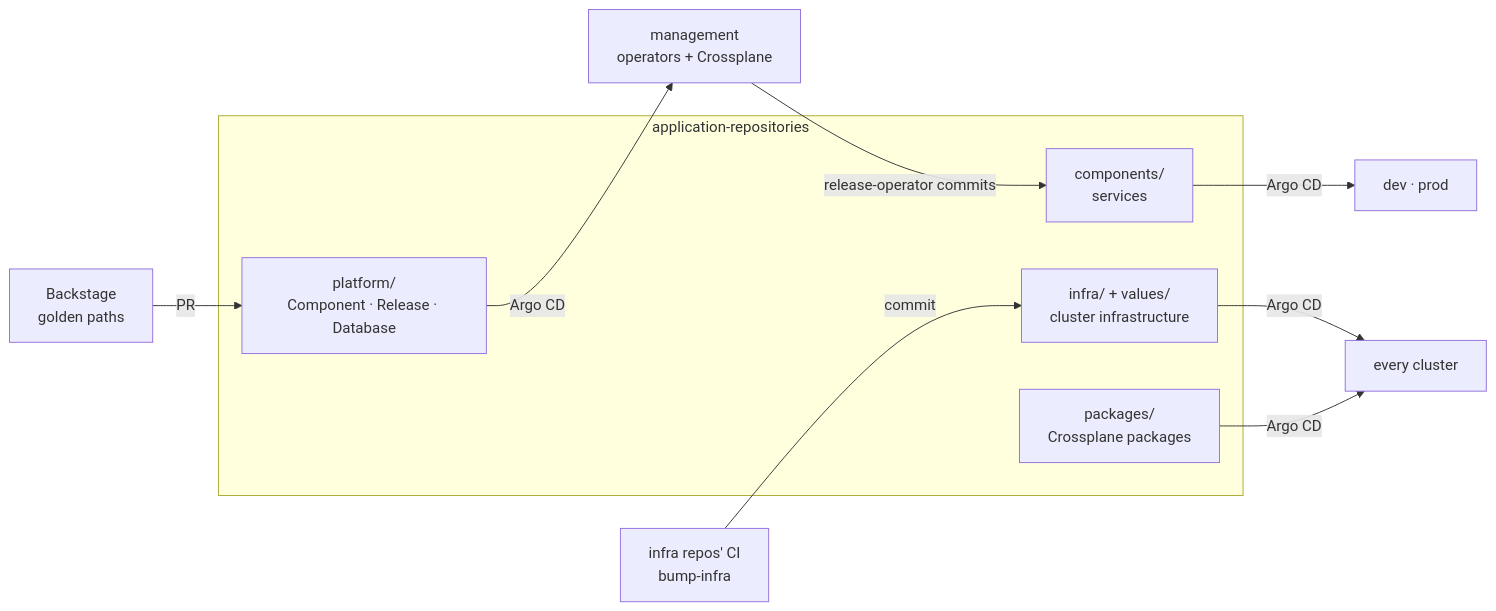
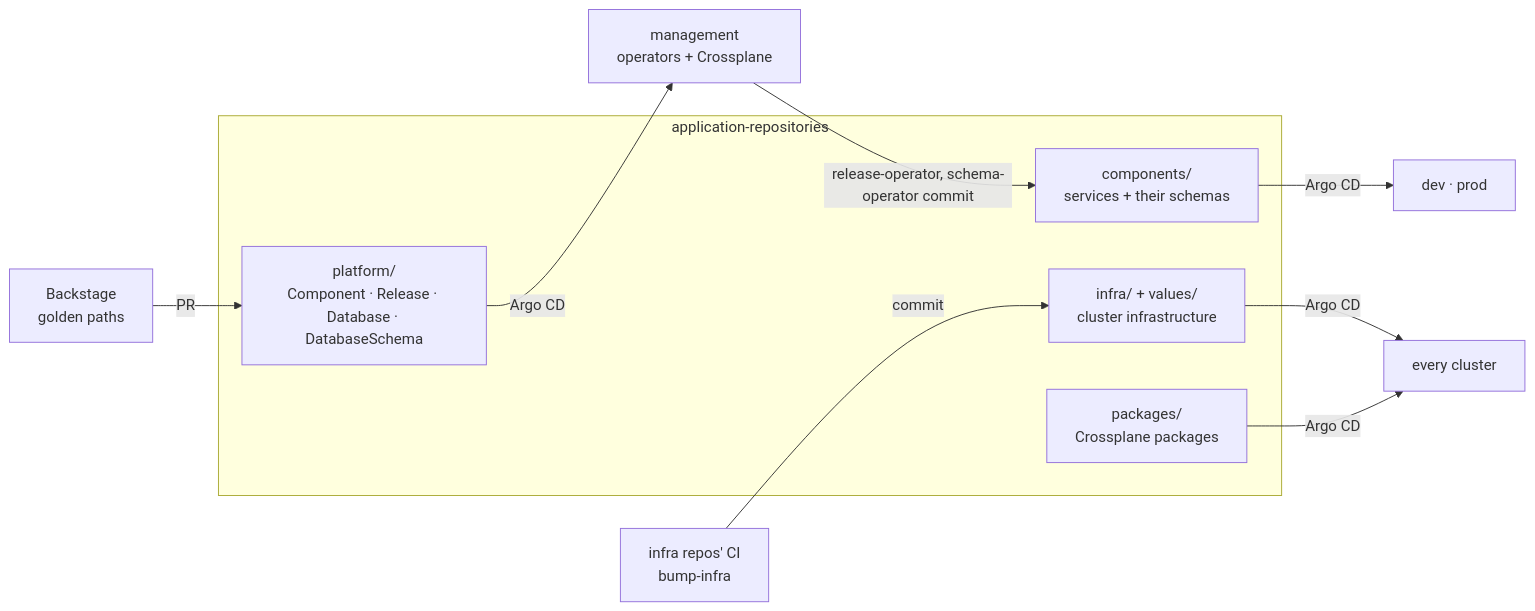
The diagram in README.md (entr0pian/application-repositories), drawn with Mermaid before and after one commit. The commit also changed other lines of this file, not shown here.

Commit message:
README: database schemas

````diff
--- a/README.md
+++ b/README.md
@@ -18,16 +18,16 @@
 ```mermaid
 flowchart LR
     BS["Backstage<br/>golden paths"] -->|PR| PL
     subgraph AR["application-repositories"]
-        PL["platform/<br/>Component · Release · Database"]
-        CO["components/<br/>services"]
+        PL["platform/<br/>Component · Release · Database · DatabaseSchema"]
+        CO["components/<br/>services + their schemas"]
         IN["infra/ + values/<br/>cluster infrastructure"]
         PK["packages/<br/>Crossplane packages"]
     end
     PL -->|Argo CD| MG["management<br/>operators + Crossplane"]
-    MG -->|"release-operator commits"| CO
+    MG -->|"release-operator, schema-operator commit"| CO
     CI["infra repos' CI<br/>bump-infra"] -->|commit| IN
     CO -->|Argo CD| WL["dev · prod"]
     IN -->|Argo CD| ALL["every cluster"]
     PK -->|Argo CD| ALL
 ```
````
